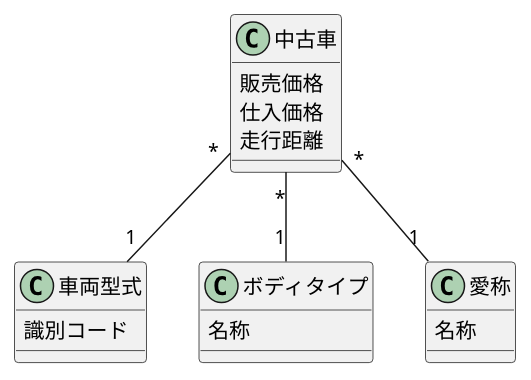
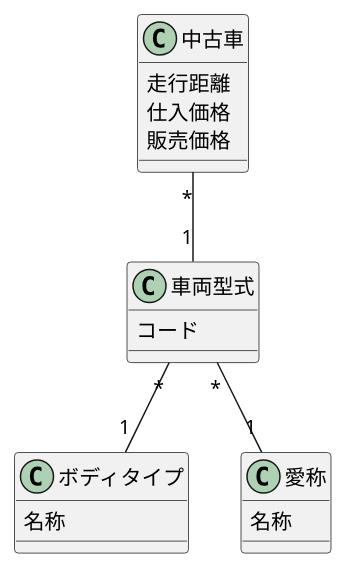
The diagram in ch04/excercise/4-3.puml (yinm/uml-modeling-lesson), drawn with PlantUML before and after one commit.

```diff
--- a/ch04/excercise/4-3.puml
+++ b/ch04/excercise/4-3.puml
@@ -1,25 +1,25 @@
 @startuml
 
 class 中古車 {
+  走行距離
+  仕入価格
   販売価格
-  仕入価格
-  走行距離
 }
 
 class 車両型式 {
-  識別コード
+  コード
 }
 
 class ボディタイプ {
   名称
 }
 
 class 愛称 {
   名称
 }
 
 中古車 "*"--"1" 車両型式
-中古車 "*"--"1" ボディタイプ
-中古車 "*"--"1" 愛称
+車両型式 "*"--"1" ボディタイプ
+車両型式 "*"--"1" 愛称
 
 @enduml
```
